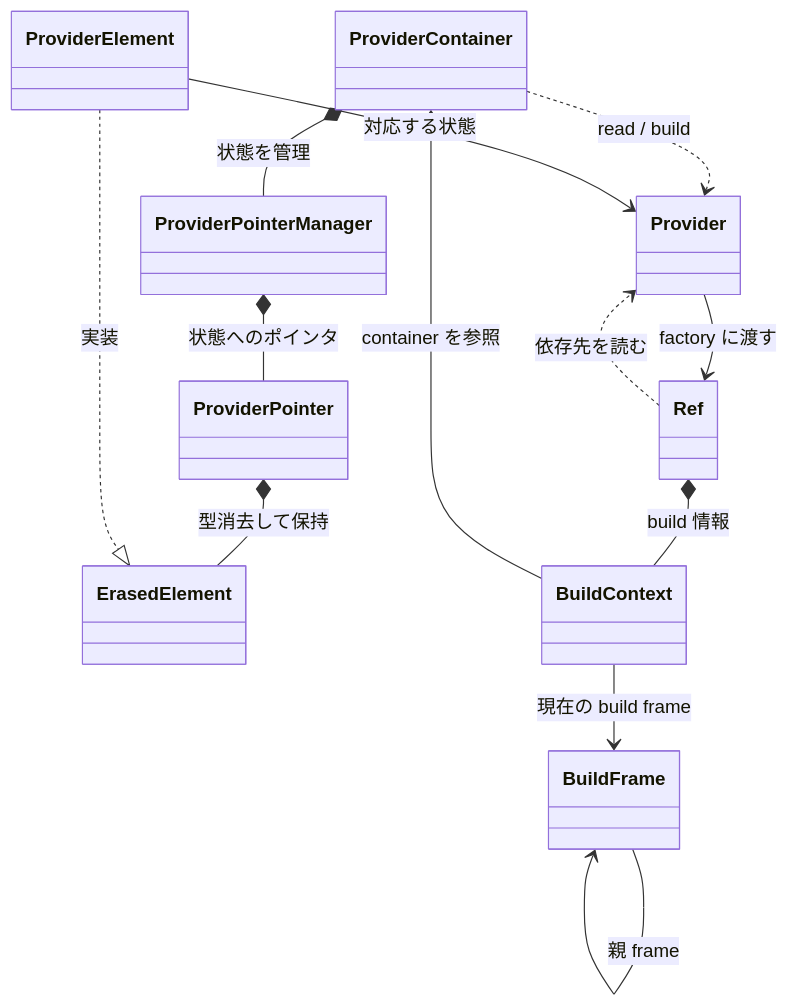
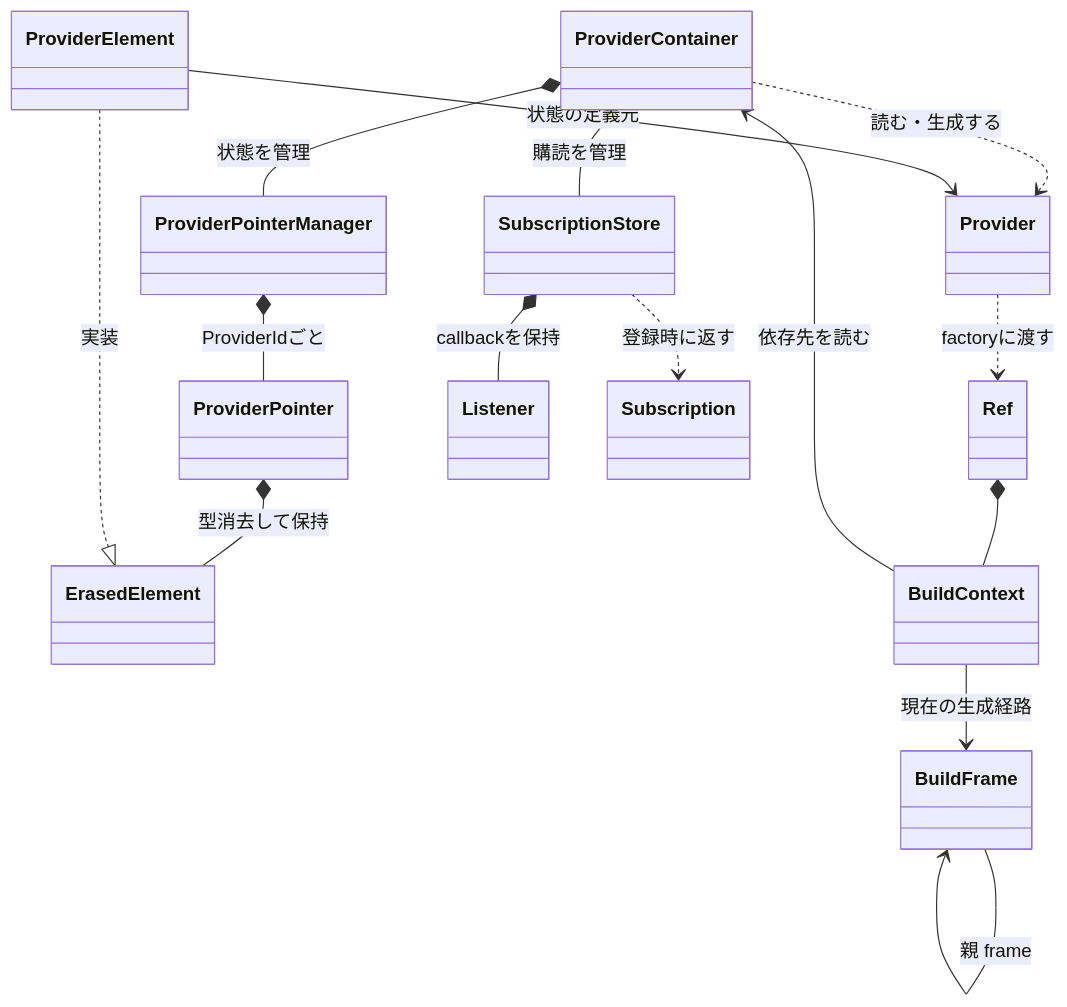
Before and after one commit to mukaiyama729/statecraft-core: the diagram in UML.md, drawn with Mermaid. The commit also changed other lines of this file, not shown here.

````diff
--- a/UML.md
+++ b/UML.md
@@ -3,15 +3,20 @@
 ```mermaid
 classDiagram
     ProviderContainer *-- ProviderPointerManager : 状態を管理
-    ProviderContainer ..> Provider : read / build
-    ProviderPointerManager *-- ProviderPointer : 状態へのポインタ
+    ProviderContainer *-- SubscriptionStore : 購読を管理
+    ProviderContainer ..> Provider : 読む・生成する
+
+    ProviderPointerManager *-- ProviderPointer : ProviderIdごと
     ProviderPointer *-- ErasedElement : 型消去して保持
     ProviderElement ..|> ErasedElement : 実装
-    ProviderElement --> Provider : 対応する状態
-    Provider --> Ref : factory に渡す
-    Ref ..> Provider : 依存先を読む
-    Ref *-- BuildContext : build 情報
-    BuildContext --> ProviderContainer : container を参照
-    BuildContext --> BuildFrame : 現在の build frame
+    ProviderElement --> Provider : 状態の定義元
+
+    Provider ..> Ref : factoryに渡す
+    Ref *-- BuildContext
+    BuildContext --> ProviderContainer : 依存先を読む
+    BuildContext --> BuildFrame : 現在の生成経路
     BuildFrame --> BuildFrame : 親 frame
+
+    SubscriptionStore *-- Listener : callbackを保持
+    SubscriptionStore ..> Subscription : 登録時に返す
 ```
````
